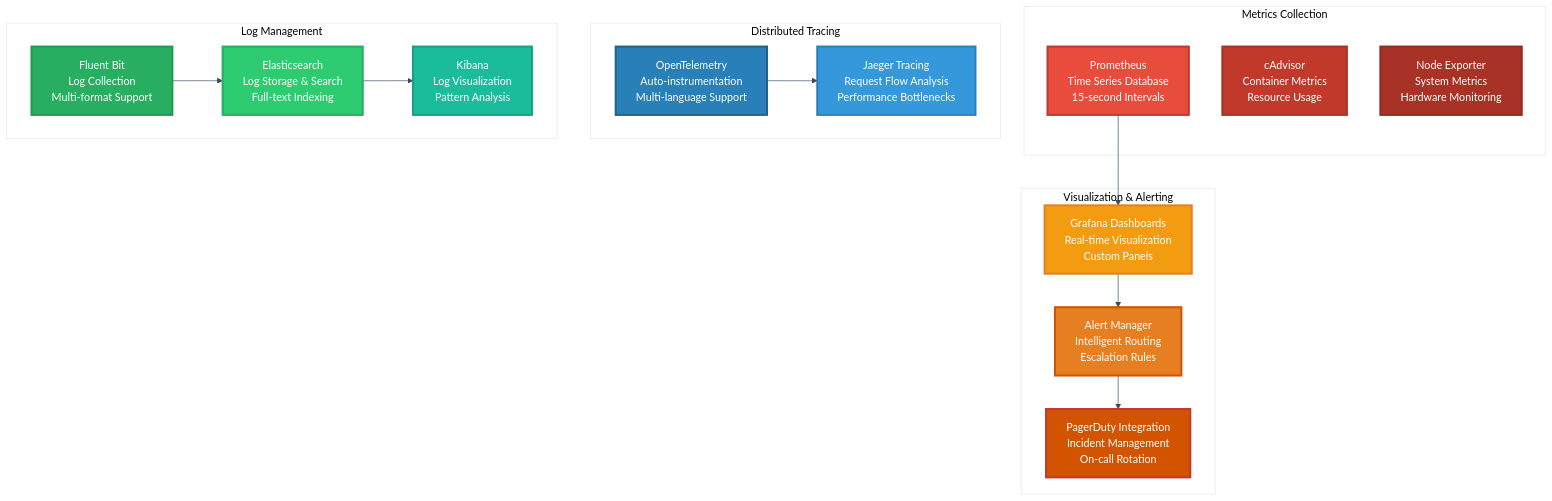
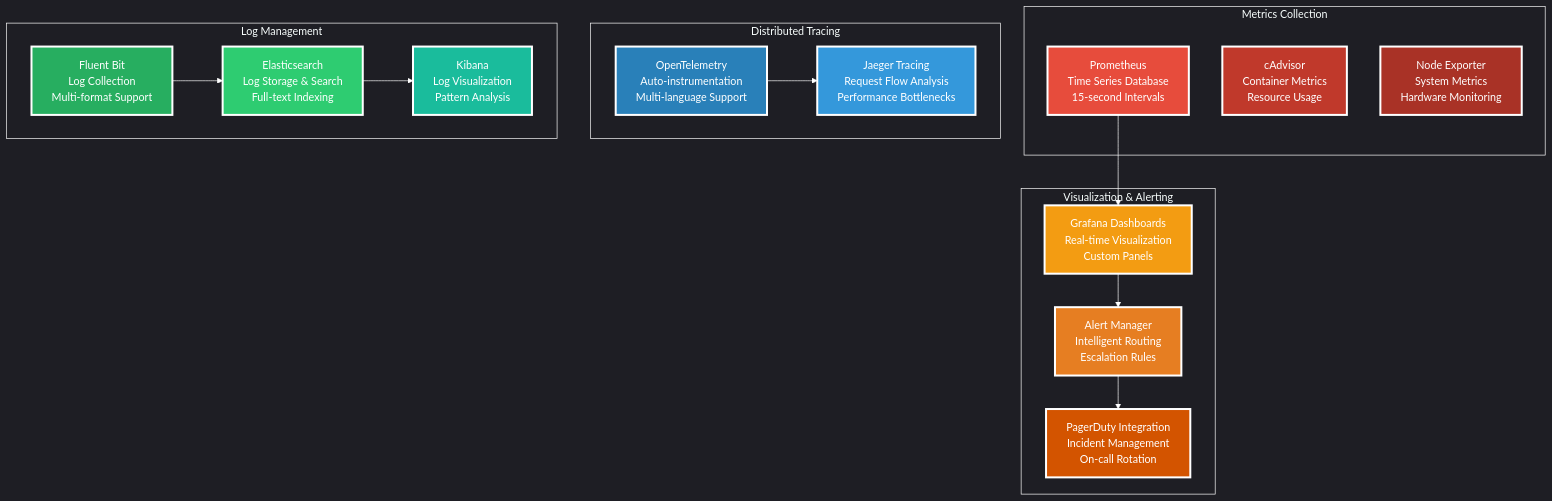
Before and after one commit to PriscillaOng12/AI-Code-Review-Squad: diagram 14 of 20 in README.md, drawn with Mermaid. The commit also changed other lines of this file, not shown here.

````diff
--- a/README.md
+++ b/README.md
@@ -500,48 +500,48 @@
 ```mermaid
-%%{init: {'theme': 'base', 'themeVariables': {'primaryColor': '#ffffff', 'primaryTextColor': '#2c3e50', 'primaryBorderColor': '#2c3e50', 'lineColor': '#34495e', 'secondaryColor': '#ffffff', 'tertiaryColor': '#ffffff', 'background': '#ffffff', 'mainBkg': '#ffffff', 'secondBkg': '#ffffff', 'tertiaryBkg': '#ffffff'}}}%%
+%%{init: {'theme': 'dark', 'themeVariables': {'primaryColor': 'transparent', 'primaryTextColor': '#ffffff', 'primaryBorderColor': '#ffffff', 'lineColor': '#ffffff', 'secondaryColor': 'transparent', 'tertiaryColor': 'transparent', 'background': 'transparent', 'mainBkg': 'transparent', 'secondBkg': 'transparent', 'tertiaryBkg': 'transparent', 'clusterBkg': 'transparent', 'clusterBorder': '#ffffff', 'edgeLabelBackground': 'transparent'}}}%%
 graph TB
     subgraph "Metrics Collection"
         PROM[Prometheus<br/>Time Series Database<br/>15-second Intervals]
         CADVISOR[cAdvisor<br/>Container Metrics<br/>Resource Usage]
         NODE[Node Exporter<br/>System Metrics<br/>Hardware Monitoring]
     end
     
     subgraph "Visualization & Alerting"
         GRAFANA[Grafana Dashboards<br/>Real-time Visualization<br/>Custom Panels]
         ALERT[Alert Manager<br/>Intelligent Routing<br/>Escalation Rules]
         ONCALL[PagerDuty Integration<br/>Incident Management<br/>On-call Rotation]
     end
     
     subgraph "Distributed Tracing"
         JAEGER[Jaeger Tracing<br/>Request Flow Analysis<br/>Performance Bottlenecks]
         OTEL[OpenTelemetry<br/>Auto-instrumentation<br/>Multi-language Support]
     end
     
     subgraph "Log Management"
         FLUENT[Fluent Bit<br/>Log Collection<br/>Multi-format Support]
         ELASTIC[Elasticsearch<br/>Log Storage & Search<br/>Full-text Indexing]
         KIBANA[Kibana<br/>Log Visualization<br/>Pattern Analysis]
     end
     
     PROM --> GRAFANA
     GRAFANA --> ALERT
     ALERT --> ONCALL
     OTEL --> JAEGER
     FLUENT --> ELASTIC
     ELASTIC --> KIBANA
     
-    style PROM fill:#e74c3c,stroke:#c0392b,stroke-width:3px,color:#ffffff
-    style CADVISOR fill:#c0392b,stroke:#a93226,stroke-width:3px,color:#ffffff
-    style NODE fill:#a93226,stroke:#922b21,stroke-width:3px,color:#ffffff
+    style PROM fill:#e74c3c,stroke:#ffffff,stroke-width:3px,color:#ffffff
+    style CADVISOR fill:#c0392b,stroke:#ffffff,stroke-width:3px,color:#ffffff
+    style NODE fill:#a93226,stroke:#ffffff,stroke-width:3px,color:#ffffff
     
-    style GRAFANA fill:#f39c12,stroke:#e67e22,stroke-width:3px,color:#ffffff
-    style ALERT fill:#e67e22,stroke:#d35400,stroke-width:3px,color:#ffffff
-    style ONCALL fill:#d35400,stroke:#c0392b,stroke-width:3px,color:#ffffff
+    style GRAFANA fill:#f39c12,stroke:#ffffff,stroke-width:3px,color:#ffffff
+    style ALERT fill:#e67e22,stroke:#ffffff,stroke-width:3px,color:#ffffff
+    style ONCALL fill:#d35400,stroke:#ffffff,stroke-width:3px,color:#ffffff
     
-    style JAEGER fill:#3498db,stroke:#2980b9,stroke-width:3px,color:#ffffff
-    style OTEL fill:#2980b9,stroke:#21618c,stroke-width:3px,color:#ffffff
+    style JAEGER fill:#3498db,stroke:#ffffff,stroke-width:3px,color:#ffffff
+    style OTEL fill:#2980b9,stroke:#ffffff,stroke-width:3px,color:#ffffff
     
-    style FLUENT fill:#27ae60,stroke:#229954,stroke-width:3px,color:#ffffff
-    style ELASTIC fill:#2ecc71,stroke:#27ae60,stroke-width:3px,color:#ffffff
-    style KIBANA fill:#1abc9c,stroke:#16a085,stroke-width:3px,color:#ffffff
+    style FLUENT fill:#27ae60,stroke:#ffffff,stroke-width:3px,color:#ffffff
+    style ELASTIC fill:#2ecc71,stroke:#ffffff,stroke-width:3px,color:#ffffff
+    style KIBANA fill:#1abc9c,stroke:#ffffff,stroke-width:3px,color:#ffffff
 ```
````
